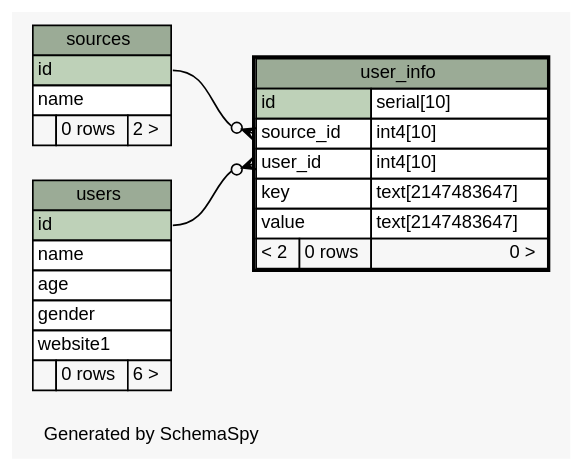
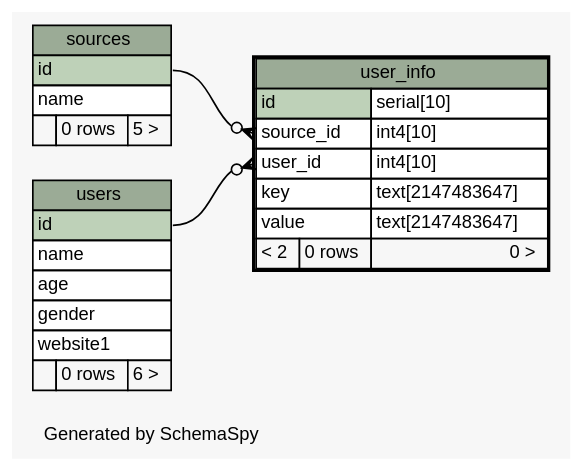
Before and after one commit to ryanaustincarlson/moocdb: the diagram in library/diagrams/user_info.1degree.dot, drawn with Graphviz. The commit also changed 79 other files, not shown here.

```diff
--- a/library/diagrams/user_info.1degree.dot
+++ b/library/diagrams/user_info.1degree.dot
@@ -1,63 +1,63 @@
 // dot 2.34.0 on Mac OS X 10.8.3
 // SchemaSpy rev 590
 digraph "oneDegreeRelationshipsDiagram" {
   graph [
     rankdir="RL"
     bgcolor="#f7f7f7"
     label="\nGenerated by SchemaSpy"
     labeljust="l"
     nodesep="0.18"
     ranksep="0.46"
     fontname="Helvetica"
     fontsize="11"
   ];
   node [
     fontname="Helvetica"
     fontsize="11"
     shape="plaintext"
   ];
   edge [
     arrowsize="0.8"
   ];
   "user_info":"source_id":w -> "sources":"id":e [arrowhead=none dir=back arrowtail=crowodot];
   "user_info":"user_id":w -> "users":"id":e [arrowhead=none dir=back arrowtail=crowodot];
   "sources" [
     label=<
     <TABLE BORDER="0" CELLBORDER="1" CELLSPACING="0" BGCOLOR="#ffffff">
       <TR><TD COLSPAN="3" BGCOLOR="#9bab96" ALIGN="CENTER">sources</TD></TR>
       <TR><TD PORT="id" COLSPAN="3" BGCOLOR="#bed1b8" ALIGN="LEFT">id</TD></TR>
       <TR><TD PORT="name" COLSPAN="3" ALIGN="LEFT">name</TD></TR>
-      <TR><TD ALIGN="LEFT" BGCOLOR="#f7f7f7">  </TD><TD ALIGN="RIGHT" BGCOLOR="#f7f7f7">0 rows</TD><TD ALIGN="RIGHT" BGCOLOR="#f7f7f7">2 &gt;</TD></TR>
+      <TR><TD ALIGN="LEFT" BGCOLOR="#f7f7f7">  </TD><TD ALIGN="RIGHT" BGCOLOR="#f7f7f7">0 rows</TD><TD ALIGN="RIGHT" BGCOLOR="#f7f7f7">5 &gt;</TD></TR>
     </TABLE>>
     URL="sources.html"
     tooltip="sources"
   ];
   "user_info" [
     label=<
     <TABLE BORDER="2" CELLBORDER="1" CELLSPACING="0" BGCOLOR="#ffffff">
       <TR><TD COLSPAN="3" BGCOLOR="#9bab96" ALIGN="CENTER">user_info</TD></TR>
       <TR><TD PORT="id" COLSPAN="2" BGCOLOR="#bed1b8" ALIGN="LEFT">id</TD><TD PORT="id.type" ALIGN="LEFT">serial[10]</TD></TR>
       <TR><TD PORT="source_id" COLSPAN="2" ALIGN="LEFT">source_id</TD><TD PORT="source_id.type" ALIGN="LEFT">int4[10]</TD></TR>
       <TR><TD PORT="user_id" COLSPAN="2" ALIGN="LEFT">user_id</TD><TD PORT="user_id.type" ALIGN="LEFT">int4[10]</TD></TR>
       <TR><TD PORT="key" COLSPAN="2" ALIGN="LEFT">key</TD><TD PORT="key.type" ALIGN="LEFT">text[2147483647]</TD></TR>
       <TR><TD PORT="value" COLSPAN="2" ALIGN="LEFT">value</TD><TD PORT="value.type" ALIGN="LEFT">text[2147483647]</TD></TR>
       <TR><TD ALIGN="LEFT" BGCOLOR="#f7f7f7">&lt; 2</TD><TD ALIGN="RIGHT" BGCOLOR="#f7f7f7">0 rows</TD><TD ALIGN="RIGHT" BGCOLOR="#f7f7f7">0 &gt;</TD></TR>
     </TABLE>>
     URL="user_info.html"
     tooltip="user_info"
   ];
   "users" [
     label=<
     <TABLE BORDER="0" CELLBORDER="1" CELLSPACING="0" BGCOLOR="#ffffff">
       <TR><TD COLSPAN="3" BGCOLOR="#9bab96" ALIGN="CENTER">users</TD></TR>
       <TR><TD PORT="id" COLSPAN="3" BGCOLOR="#bed1b8" ALIGN="LEFT">id</TD></TR>
       <TR><TD PORT="name" COLSPAN="3" ALIGN="LEFT">name</TD></TR>
       <TR><TD PORT="age" COLSPAN="3" ALIGN="LEFT">age</TD></TR>
       <TR><TD PORT="gender" COLSPAN="3" ALIGN="LEFT">gender</TD></TR>
       <TR><TD PORT="website1" COLSPAN="3" ALIGN="LEFT">website1</TD></TR>
       <TR><TD ALIGN="LEFT" BGCOLOR="#f7f7f7">  </TD><TD ALIGN="RIGHT" BGCOLOR="#f7f7f7">0 rows</TD><TD ALIGN="RIGHT" BGCOLOR="#f7f7f7">6 &gt;</TD></TR>
     </TABLE>>
     URL="users.html"
     tooltip="users"
   ];
 }
```
